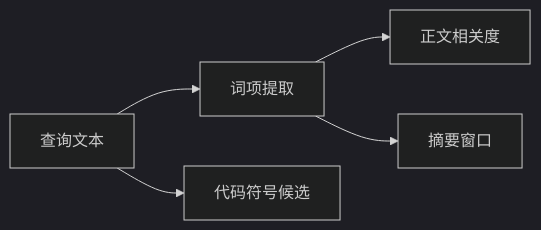
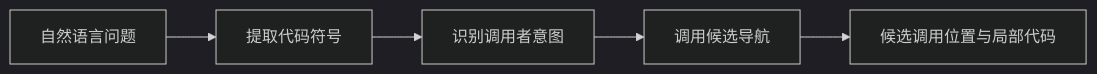
One commit to lejunyang/omem changed the diagram in .repo-review/knowledge/articles/b0bd95bebba21bca08eb2e061f8c0ea5346eeb18101c05e2ff0d8d16c450e7dc.md. Above: the diagram before and after it, drawn with Mermaid (dark theme). The commit also changed other lines of this file and 23 other files, not shown here.

````diff
--- a/.repo-review/knowledge/articles/b0bd95bebba21bca08eb2e061f8c0ea5346eeb18101c05e2ff0d8d16c450e7dc.md
+++ b/.repo-review/knowledge/articles/b0bd95bebba21bca08eb2e061f8c0ea5346eeb18101c05e2ff0d8d16c450e7dc.md
@@ -17,7 +19,7 @@
 ```mermaid
 flowchart LR
-  Q[查询文本] --> T[词项提取]
-  Q --> S[代码符号候选]
-  T --> R[正文相关度]
-  T --> E[摘要窗口]
+  Q[自然语言问题] --> S[提取代码符号]
+  S --> I[识别调用者意图]
+  I --> C[调用候选导航]
+  C --> O[候选调用位置与局部代码]
 ```
````
